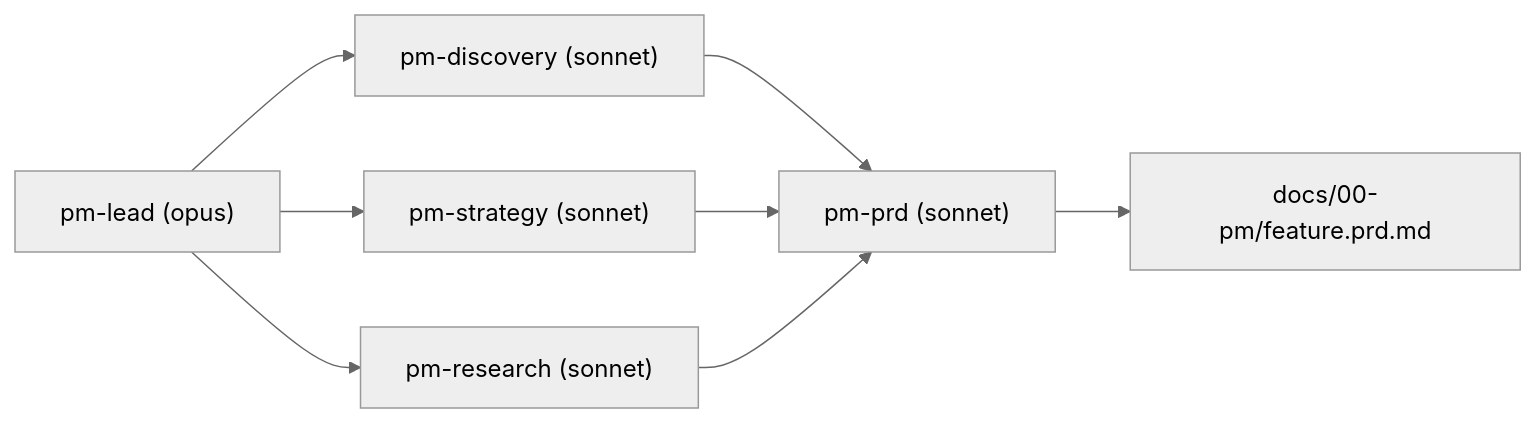
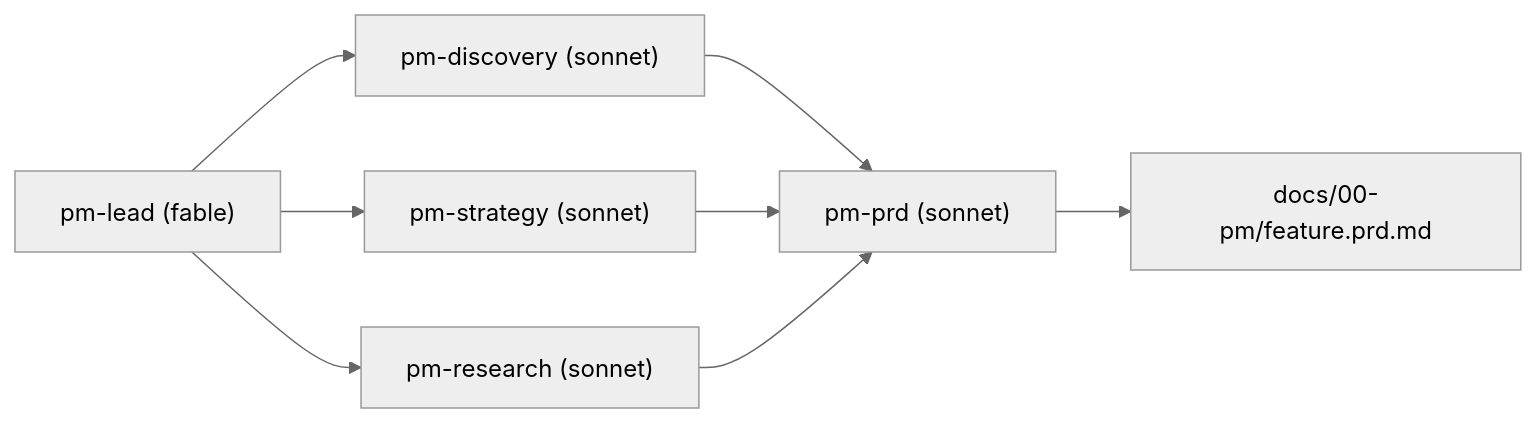
One commit to popup-studio-ai/bkit-claude-code changed the sixth of 11 diagrams in README-FULL.md. Above: the diagram before and after it, drawn with Mermaid (neutral theme). The commit also changed other lines of this file and 88 other files, not shown here.

````diff
--- a/README-FULL.md
+++ b/README-FULL.md
@@ -593,10 +593,10 @@
 ```mermaid
 flowchart LR
-    PM["pm-lead (opus)"] --> D["pm-discovery (sonnet)"]
+    PM["pm-lead (fable)"] --> D["pm-discovery (sonnet)"]
     PM --> S["pm-strategy (sonnet)"]
     PM --> R["pm-research (sonnet)"]
     D --> PRD["pm-prd (sonnet)"]
     S --> PRD
     R --> PRD
     PRD --> Out["docs/00-pm/feature.prd.md"]
 ```
````
